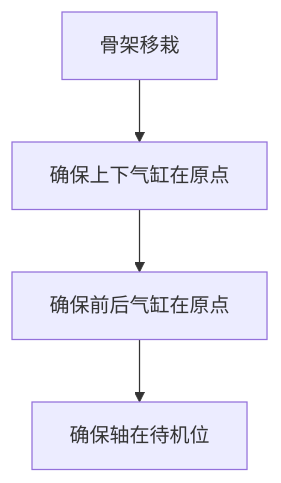
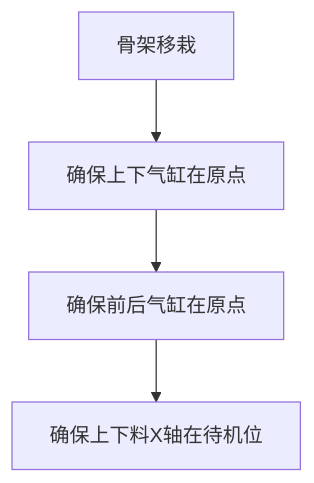
Before and after one commit to zmq000/iodraw-files: the diagram in all/VR-OP90骨架移栽.md, drawn with Mermaid.

Commit message:
2026-06-18 10:39:38 update

````diff
--- a/all/VR-OP90骨架移栽.md
+++ b/all/VR-OP90骨架移栽.md
@@ -1,8 +1,8 @@
 ```mermaid
 graph TD
    0[骨架移栽]-->10
    10[确保上下气缸在原点]-->20
    20[确保前后气缸在原点]-->30
-   30[确保轴在待机位] 
+   30[确保上下料X轴在待机位] 
   
 ```
````
